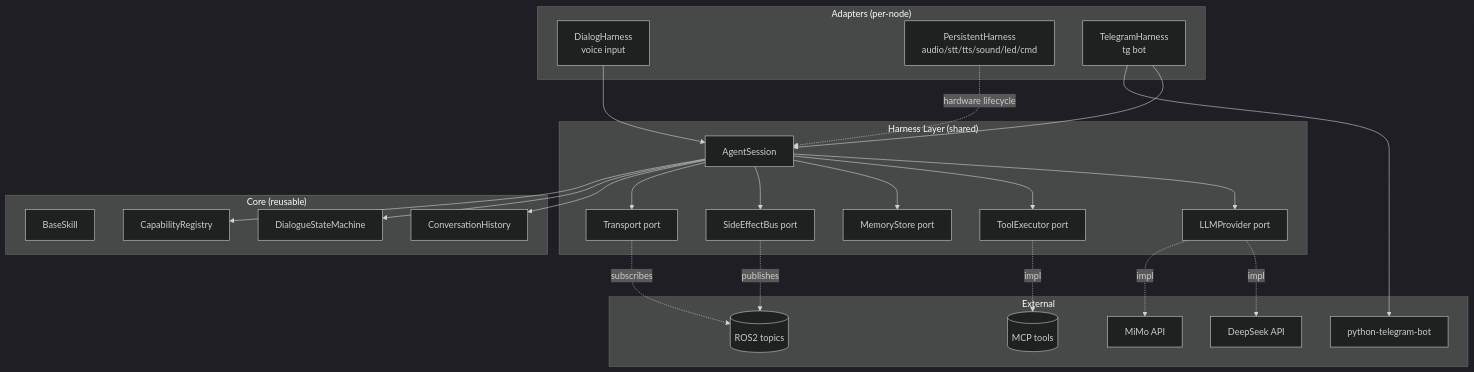
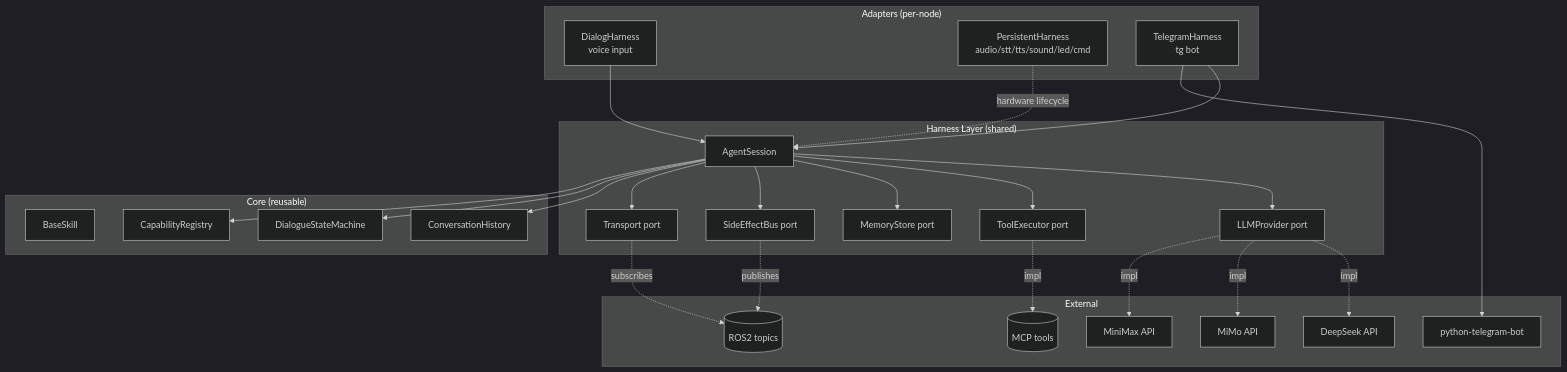
One commit to krikz/rob_box_project changed the first of 5 diagrams in docs/adr/0001-harness-architecture.md. Above: the diagram before and after it, drawn with Mermaid (dark theme). The commit also changed other lines of this file, not shown here.

First line of the commit message:
docs(adr-0001): formalize harness contract — MADR, status Accepted, lifecycle + ext-points + MiniMax requirements

````diff
--- a/docs/adr/0001-harness-architecture.md
+++ b/docs/adr/0001-harness-architecture.md
@@ -212,51 +581,53 @@
 ```mermaid
 graph TB
     subgraph "Adapters (per-node)"
         DA[DialogHarness<br/>voice input]
         PA[PersistentHarness<br/>audio/stt/tts/sound/led/cmd]
         TA[TelegramHarness<br/>tg bot]
     end
 
     subgraph "Harness Layer (shared)"
         AS[AgentSession]
         LLMP[LLMProvider port]
         TE[ToolExecutor port]
         MS[MemoryStore port]
         SEB[SideEffectBus port]
         TR[Transport port]
     end
 
     subgraph "Core (reusable)"
         BSK[BaseSkill]
         DSM[DialogueStateMachine]
         CH[ConversationHistory]
         CAP[CapabilityRegistry]
     end
 
     subgraph "External"
         ROS2[(ROS2 topics)]
         TGB[python-telegram-bot]
         DS[DeepSeek API]
         MIMO[MiMo API]
+        MM[MiniMax API]
         MCP[(MCP tools)]
     end
 
     DA --> AS
     TA --> AS
     PA -.->|hardware lifecycle| AS
     AS --> LLMP
     AS --> TE
     AS --> MS
     AS --> SEB
     AS --> TR
     AS --> CH
     AS --> DSM
     AS --> CAP
 
     LLMP -.->|impl| DS
     LLMP -.->|impl| MIMO
+    LLMP -.->|impl| MM
     TE -.->|impl| MCP
     SEB -.publishes.-> ROS2
     TR -.subscribes.-> ROS2
     TA --> TGB
 ```
````
